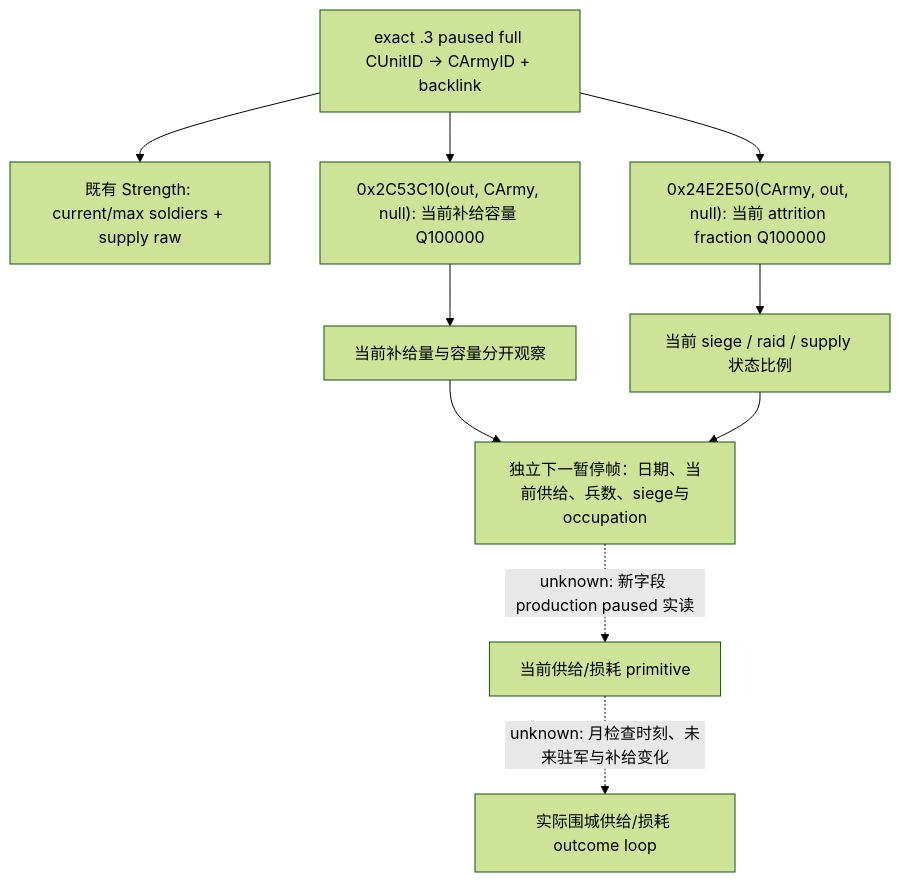
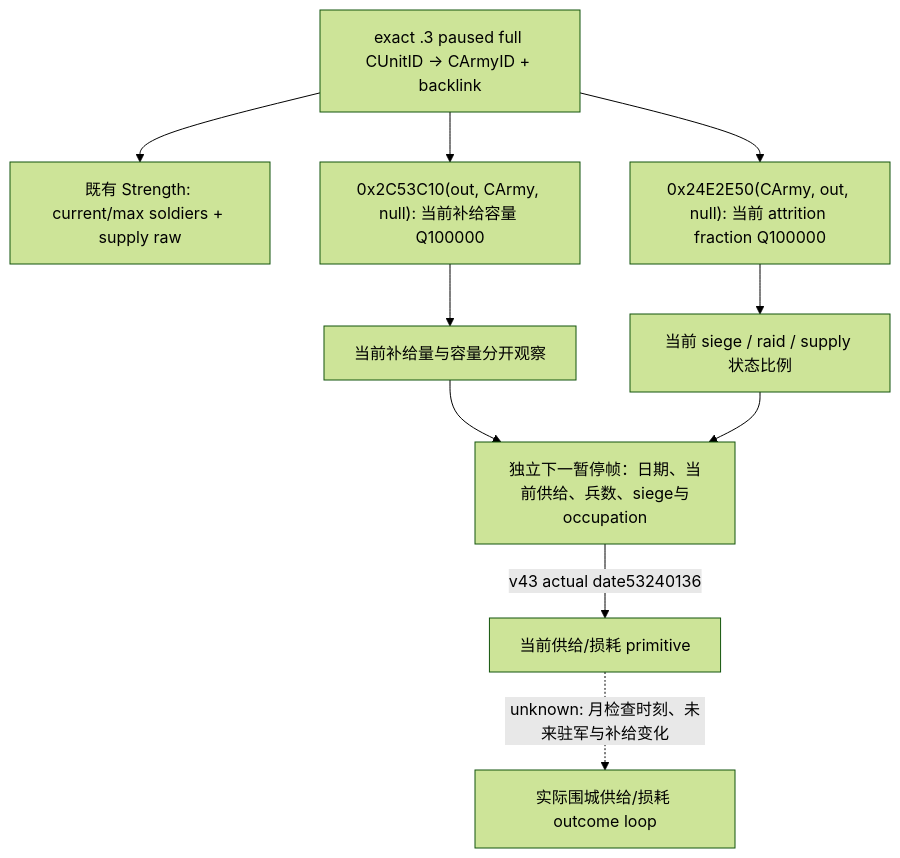
One commit to XenoAmess/ck3_eternal_recurrence changed the first of 4 diagrams in docs/ck3-native-ai/army-current-supply-capacity-attrition-12003.md. Above: the diagram before and after it, drawn with Mermaid (forest theme). The commit also changed other lines of this file and 7 other files, not shown here.

````diff
--- a/docs/ck3-native-ai/army-current-supply-capacity-attrition-12003.md
+++ b/docs/ck3-native-ai/army-current-supply-capacity-attrition-12003.md
@@ -16,12 +16,12 @@
 ```mermaid
 flowchart TD
     A["exact .3 paused full CUnitID → CArmyID + backlink"] --> B["既有 Strength: current/max soldiers + supply raw"]
     A --> C["0x2C53C10(out, CArmy, null): 当前补给容量 Q100000"]
     A --> D["0x24E2E50(CArmy, out, null): 当前 attrition fraction Q100000"]
     C --> E["当前补给量与容量分开观察"]
     D --> F["当前 siege / raid / supply 状态比例"]
     E --> G["独立下一暂停帧：日期、当前供给、兵数、siege与occupation"]
     F --> G
-    G -. "unknown: 新字段 production paused 实读" .-> H["当前供给/损耗 primitive"]
+    G -->|"v43 actual date53240136"| H["当前供给/损耗 primitive"]
     H -. "unknown: 月检查时刻、未来驻军与补给变化" .-> I["实际围城供给/损耗 outcome loop"]
 ```
````
